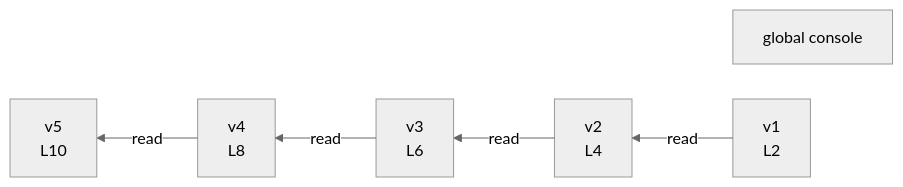
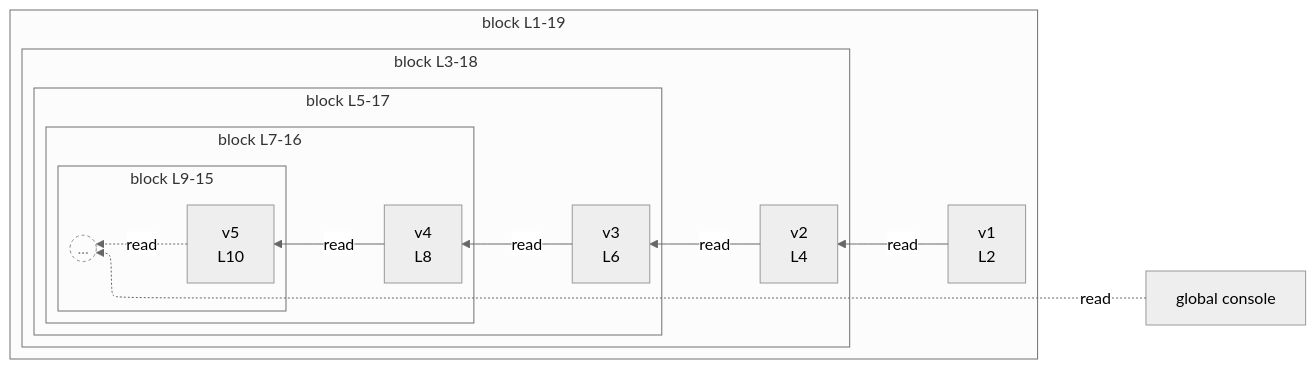
One commit to crescware/unsnarl changed the diagram in integration/fixtures/app-behavior/depth/block/depth-5/preview.md. Above: the diagram before and after it, drawn with Mermaid (neutral theme). The commit also changed 106 other files, not shown here.

````diff
--- a/integration/fixtures/app-behavior/depth/block/depth-5/preview.md
+++ b/integration/fixtures/app-behavior/depth/block/depth-5/preview.md
@@ -29,14 +29,34 @@
 ```mermaid
 %%{init: {"flowchart": {"defaultRenderer": "elk"}}}%%
 flowchart RL
   n_scope_0_console_185["global console"]
-  n_scope_1_v1_10["v1<br/>L2"]
-  n_scope_2_v2_32["v2<br/>L4"]
-  n_scope_3_v3_59["v3<br/>L6"]
-  n_scope_4_v4_90["v4<br/>L8"]
-  n_scope_5_v5_125["v5<br/>L10"]
+  subgraph s_scope_1["block L1-19"]
+    direction RL
+    n_scope_1_v1_10["v1<br/>L2"]
+    subgraph s_scope_2["block L3-18"]
+      direction RL
+      n_scope_2_v2_32["v2<br/>L4"]
+      subgraph s_scope_3["block L5-17"]
+        direction RL
+        n_scope_3_v3_59["v3<br/>L6"]
+        subgraph s_scope_4["block L7-16"]
+          direction RL
+          n_scope_4_v4_90["v4<br/>L8"]
+          subgraph s_scope_5["block L9-15"]
+            direction RL
+            n_scope_5_v5_125["v5<br/>L10"]
+            beyond_depth_s_scope_5((...))
+          end
+        end
+      end
+    end
+  end
   n_scope_1_v1_10 -->|read| n_scope_2_v2_32
   n_scope_2_v2_32 -->|read| n_scope_3_v3_59
   n_scope_3_v3_59 -->|read| n_scope_4_v4_90
   n_scope_4_v4_90 -->|read| n_scope_5_v5_125
+  n_scope_5_v5_125 -.->|read| beyond_depth_s_scope_5
+  n_scope_0_console_185 -.->|read| beyond_depth_s_scope_5
+  classDef boundaryStub fill:transparent,stroke:#888,stroke-dasharray:3 3,color:#888;
+  class beyond_depth_s_scope_5 boundaryStub;
 ```
````
